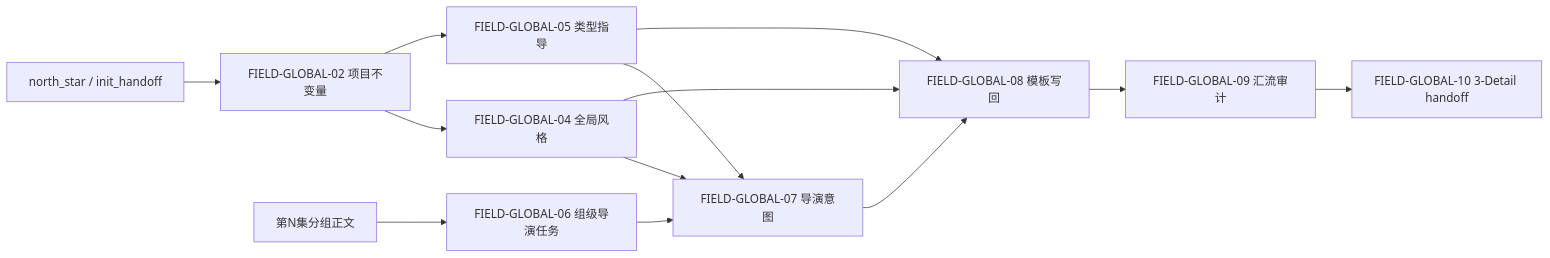
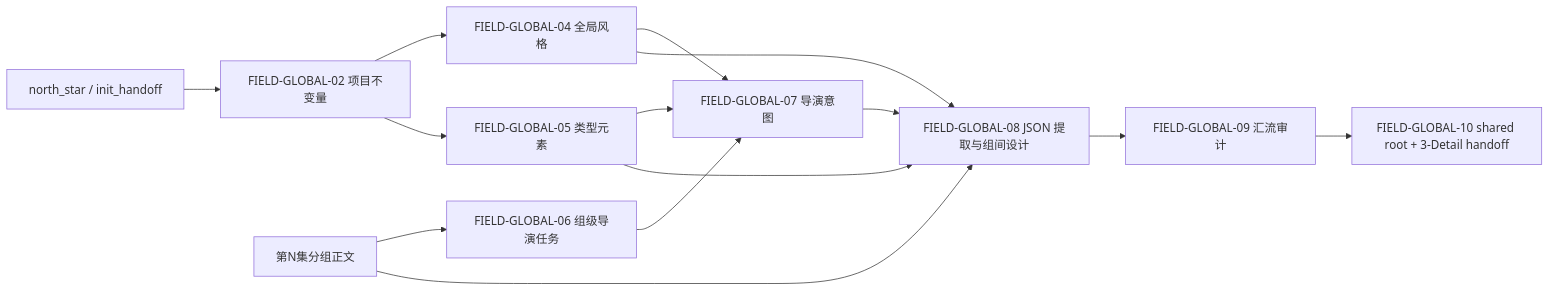
The fourth of 4 diagrams in .agents/skills/aigc/2-Global/SKILL.md (ZEN-VOID/AI-CUT), drawn with Mermaid before and after one commit. The commit also changed other lines of this file and 259 other files, not shown here.

````diff
--- a/.agents/skills/aigc/2-Global/SKILL.md
+++ b/.agents/skills/aigc/2-Global/SKILL.md
@@ -171,15 +183,16 @@
 ```mermaid
 graph LR
     A["north_star / init_handoff"] --> B["FIELD-GLOBAL-02 项目不变量"]
     C["第N集分组正文"] --> D["FIELD-GLOBAL-06 组级导演任务"]
     B --> E["FIELD-GLOBAL-04 全局风格"]
-    B --> F["FIELD-GLOBAL-05 类型指导"]
+    B --> F["FIELD-GLOBAL-05 类型元素"]
     D --> G["FIELD-GLOBAL-07 导演意图"]
     E --> G
     F --> G
-    E --> H["FIELD-GLOBAL-08 模板写回"]
+    C --> H["FIELD-GLOBAL-08 剧本正文完整入壳"]
+    E --> H["FIELD-GLOBAL-08 JSON 提取与组间设计"]
     F --> H
     G --> H
     H --> I["FIELD-GLOBAL-09 汇流审计"]
-    I --> J["FIELD-GLOBAL-10 3-Detail handoff"]
+    I --> J["FIELD-GLOBAL-10 shared root + 3-Detail handoff"]
 ```
````
